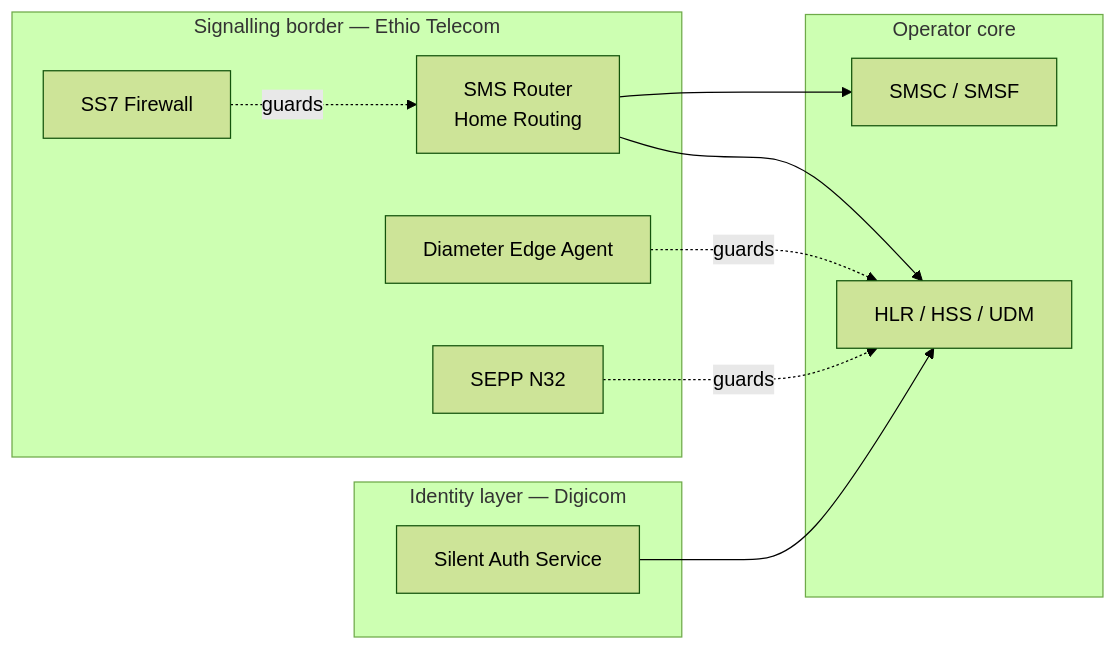
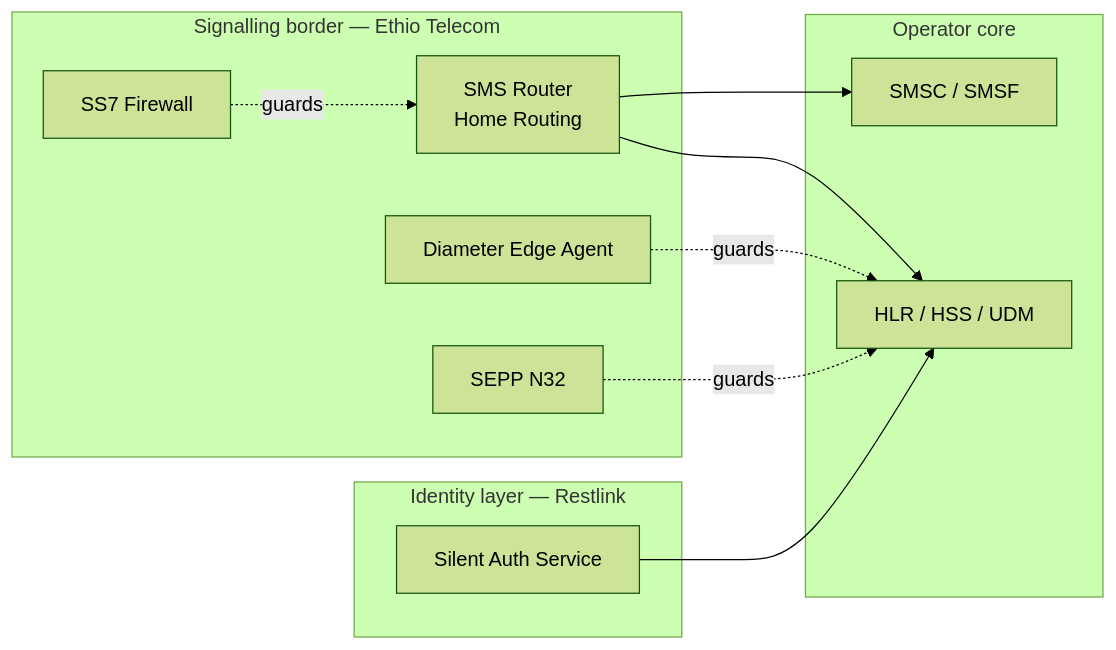
The second of 2 diagrams in proposal/chapters/08_gsma_fasg_security.md (nhanth87/silent-authentication), drawn with Mermaid (forest theme) before and after one commit. The commit also changed other lines of this file and 27 other files, not shown here.

````diff
--- a/proposal/chapters/08_gsma_fasg_security.md
+++ b/proposal/chapters/08_gsma_fasg_security.md
@@ -271,22 +271,22 @@
 ```mermaid
 flowchart LR
-    subgraph app [Identity layer — Digicom]
+    subgraph app [Identity layer — Restlink]
         SAS[Silent Auth Service]
     end
     subgraph border [Signalling border — Ethio Telecom]
         SR[SMS Router<br/>Home Routing]
         FW7[SS7 Firewall]
         DEA[Diameter Edge Agent]
         SEPP[SEPP N32]
     end
     subgraph core [Operator core]
         HLR[HLR / HSS / UDM]
         SMSC[SMSC / SMSF]
     end
     SAS --> HLR
     SR --> HLR
     SR --> SMSC
     FW7 -.guards.-> SR
     DEA -.guards.-> HLR
     SEPP -.guards.-> HLR
 ```
````
